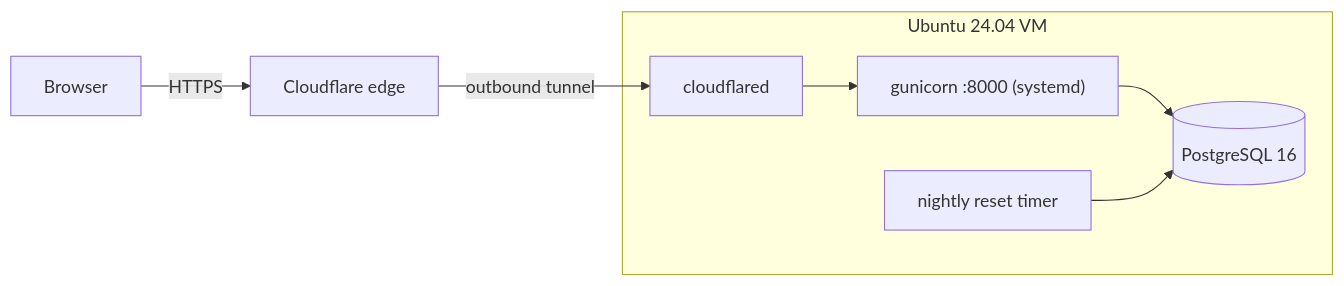
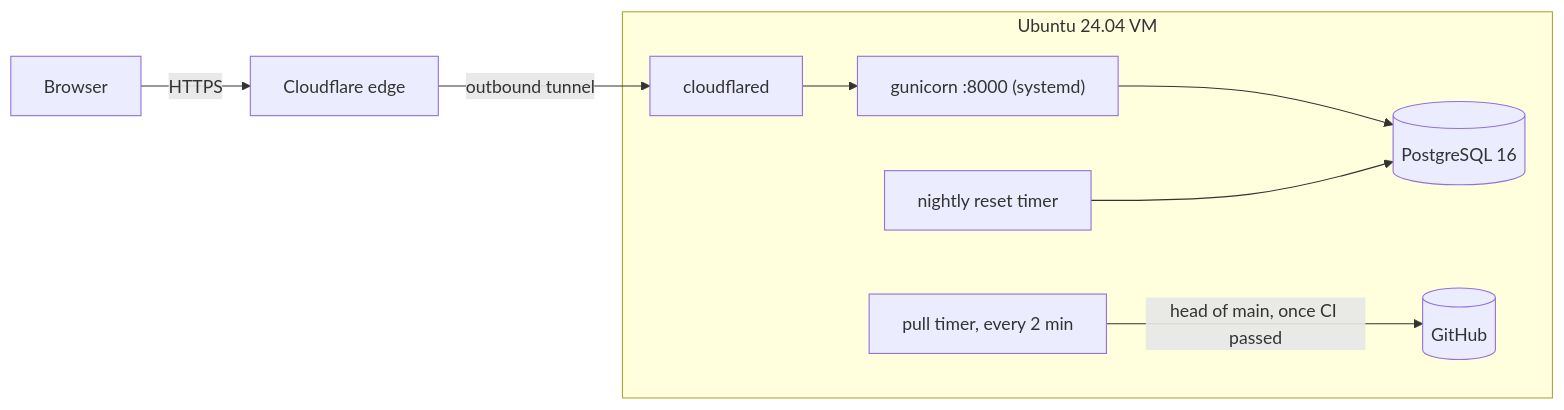
Before and after one commit to Monu5040/salary-insights: the third of 3 diagrams in docs/02-design.md, drawn with Mermaid. The commit also changed other lines of this file and 10 other files, not shown here.

````diff
--- a/docs/02-design.md
+++ b/docs/02-design.md
@@ -216,10 +216,11 @@
 ```mermaid
 flowchart LR
   B[Browser] -- HTTPS --> CF[Cloudflare edge]
   CF -- "outbound tunnel" --> T[cloudflared]
   subgraph VM ["Ubuntu 24.04 VM"]
     T --> G["gunicorn :8000 (systemd)"]
     G --> P[(PostgreSQL 16)]
     R["nightly reset timer"] --> P
+    D["pull timer, every 2 min"] -- "head of main, once CI passed" --> GH[(GitHub)]
   end
 ```
````
